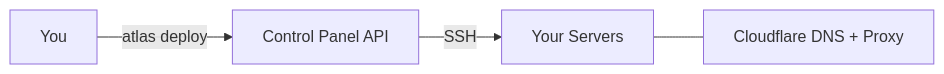
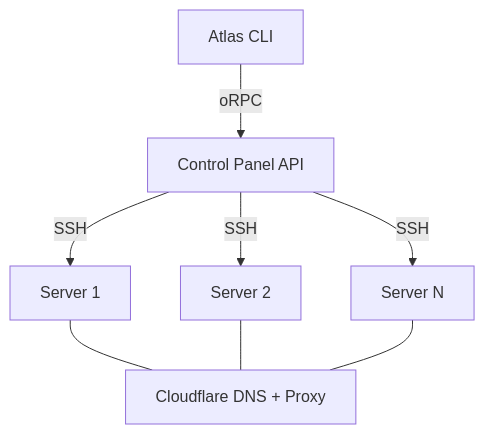
Before and after one commit to codeatlasdev/atlas: the diagram in apps/docs/content/docs/index.mdx, drawn with Mermaid. The commit also changed other lines of this file and 32 other files, not shown here.

````diff
--- a/apps/docs/content/docs/index.mdx
+++ b/apps/docs/content/docs/index.mdx
@@ -56,6 +38,10 @@
 ```mermaid
-graph LR
-    Dev[You] -->|atlas deploy| Panel[Control Panel API]
-    Panel -->|SSH| Server[Your Servers]
-    Server --- CF[Cloudflare DNS + Proxy]
+graph TB
+    CLI[Atlas CLI] -->|oRPC| Panel[Control Panel API]
+    Panel -->|SSH| S1[Server 1]
+    Panel -->|SSH| S2[Server 2]
+    Panel -->|SSH| SN[Server N]
+    S1 --- CF[Cloudflare DNS + Proxy]
+    S2 --- CF
+    SN --- CF
 ```
````
